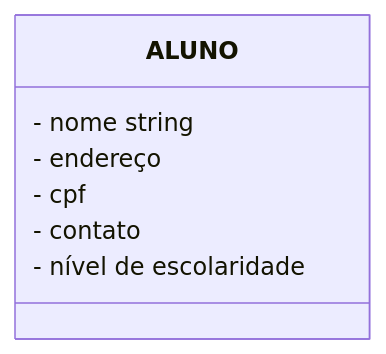
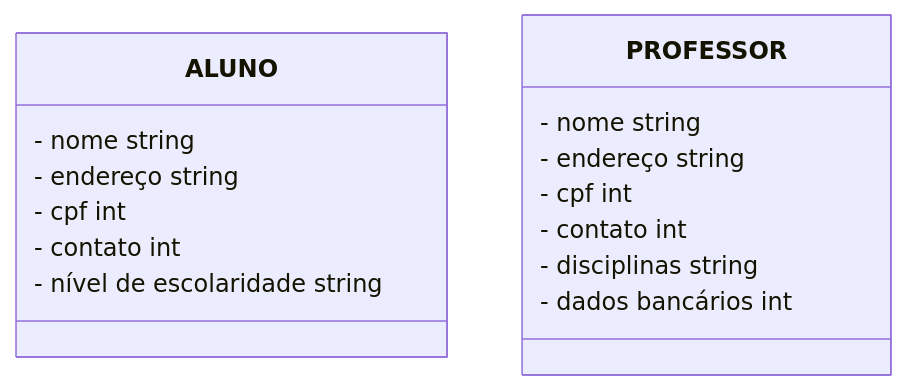
The diagram in README.md (iagorosa28/eng_software), drawn with Mermaid before and after one commit.

````diff
--- a/README.md
+++ b/README.md
@@ -312,10 +312,19 @@
 ```mermaid
 classDiagram
 
   class ALUNO
   ALUNO : - nome string
-  ALUNO : - endereço
-  ALUNO : - cpf
-  ALUNO : - contato
-  ALUNO : - nível de escolaridade
+  ALUNO : - endereço string
+  ALUNO : - cpf int
+  ALUNO : - contato int
+  ALUNO : - nível de escolaridade string
+
+  class PROFESSOR
+  PROFESSOR : - nome string
+  PROFESSOR : - endereço string
+  PROFESSOR : - cpf int
+  PROFESSOR : - contato int
+  PROFESSOR : - disciplinas string
+  PROFESSOR : - dados bancários int
+
 ```
````
